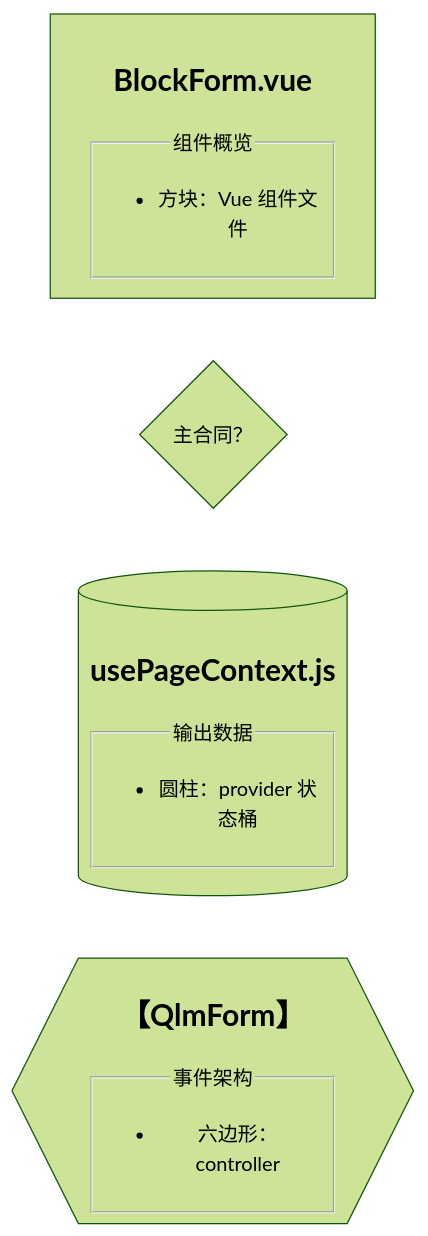
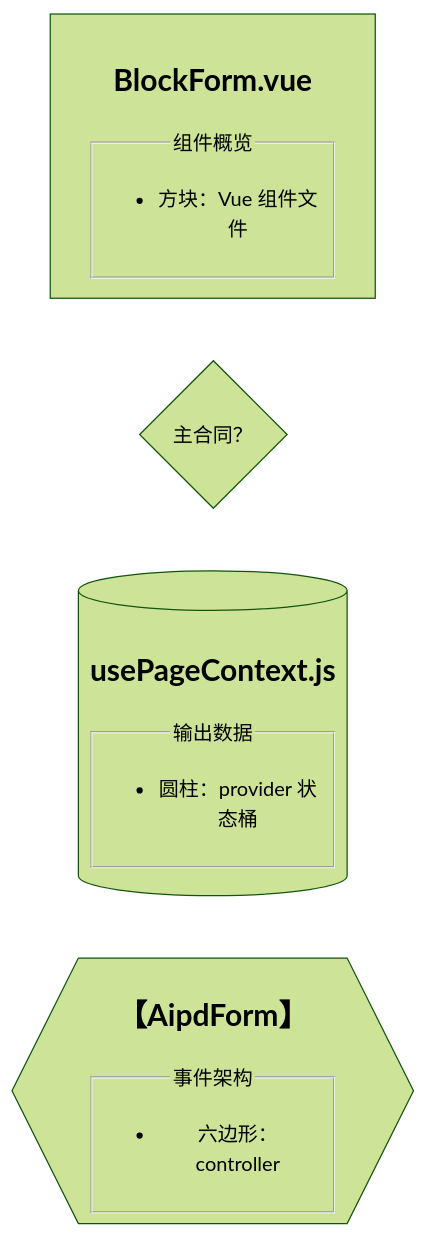
One commit to KarnaughK/AIPD changed the second of 9 diagrams in aipd-skill/src/core/L5-dev/vue-architecture-diagram-guide.md. Above: the diagram before and after it, drawn with Mermaid (forest theme). The commit also changed other lines of this file and 63 other files, not shown here.

````diff
--- a/aipd-skill/src/core/L5-dev/vue-architecture-diagram-guide.md
+++ b/aipd-skill/src/core/L5-dev/vue-architecture-diagram-guide.md
@@ -130,7 +130,7 @@
 ```mermaid
 flowchart LR
     VueComponent["<h2>BlockForm.vue</h2><fieldset><legend>组件概览</legend><ul><li>方块：Vue 组件文件</li></ul></fieldset>"]
     Judge{"主合同？"}
     Store[("<h2>usePageContext.js</h2><fieldset><legend>输出数据</legend><ul><li>圆柱：provider 状态桶</li></ul></fieldset>")]
-    Controller{{"<h2>【QlmForm】</h2><fieldset><legend>事件架构</legend><ul><li>六边形：controller</li></ul></fieldset>"}}
+    Controller{{"<h2>【AipdForm】</h2><fieldset><legend>事件架构</legend><ul><li>六边形：controller</li></ul></fieldset>"}}
 ```
````
